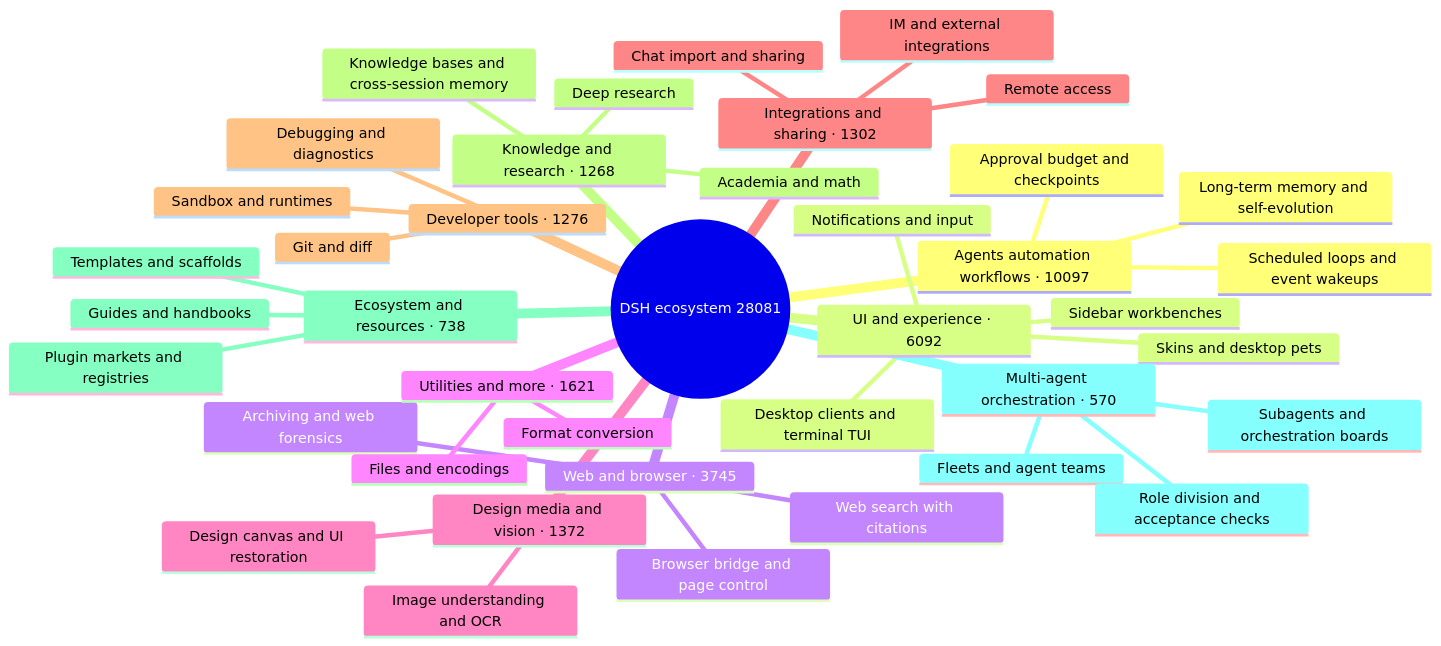
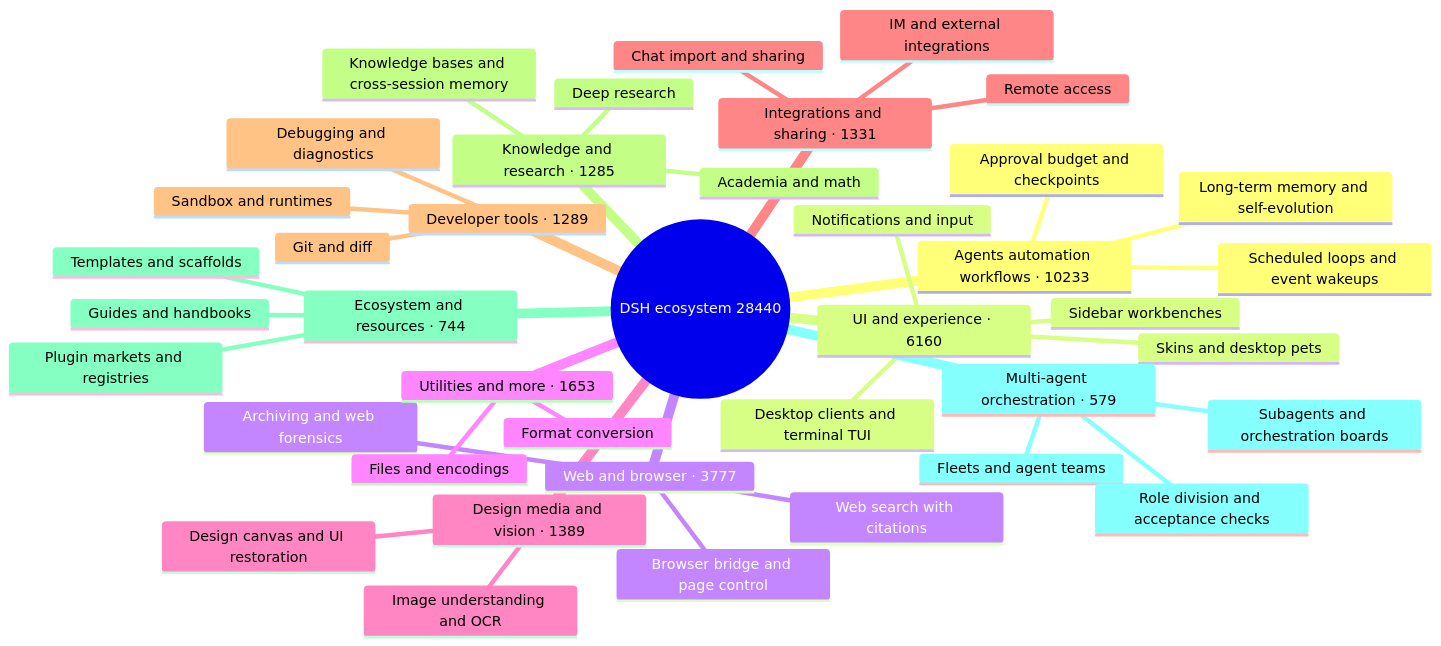
Before and after one commit to bruc3van/awesome-dsh-plugin: the diagram in README_EN.md, drawn with Mermaid. The commit also changed other lines of this file and 26 other files, not shown here.

````diff
--- a/README_EN.md
+++ b/README_EN.md
@@ -32,43 +32,43 @@
 ```mermaid
 mindmap
-  root((DSH ecosystem 28081))
-    Agents automation workflows · 10097
+  root((DSH ecosystem 28440))
+    Agents automation workflows · 10233
       Scheduled loops and event wakeups
       Long-term memory and self-evolution
       Approval budget and checkpoints
-    UI and experience · 6092
+    UI and experience · 6160
       Desktop clients and terminal TUI
       Sidebar workbenches
       Skins and desktop pets
       Notifications and input
-    Web and browser · 3745
+    Web and browser · 3777
       Browser bridge and page control
       Web search with citations
       Archiving and web forensics
-    Utilities and more · 1621
+    Utilities and more · 1653
       Files and encodings
       Format conversion
-    Design media and vision · 1372
+    Design media and vision · 1389
       Image understanding and OCR
       Design canvas and UI restoration
-    Integrations and sharing · 1302
+    Integrations and sharing · 1331
       Chat import and sharing
       Remote access
       IM and external integrations
-    Developer tools · 1276
+    Developer tools · 1289
       Git and diff
       Sandbox and runtimes
       Debugging and diagnostics
-    Knowledge and research · 1268
+    Knowledge and research · 1285
       Knowledge bases and cross-session memory
       Deep research
       Academia and math
-    Ecosystem and resources · 738
+    Ecosystem and resources · 744
       Plugin markets and registries
       Templates and scaffolds
       Guides and handbooks
-    Multi-agent orchestration · 570
+    Multi-agent orchestration · 579
       Subagents and orchestration boards
       Fleets and agent teams
       Role division and acceptance checks
 ```
````
